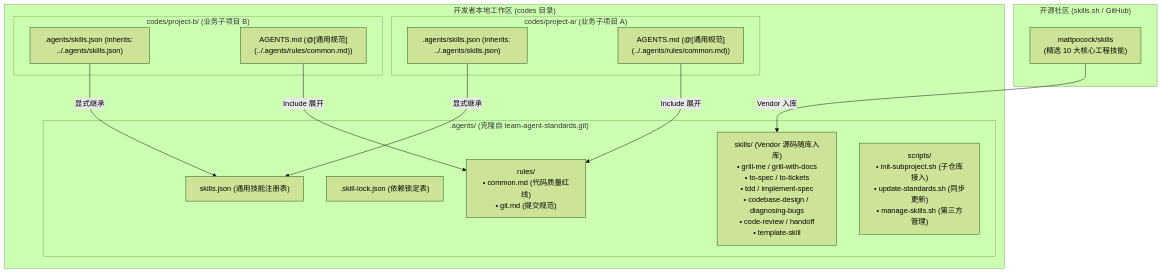
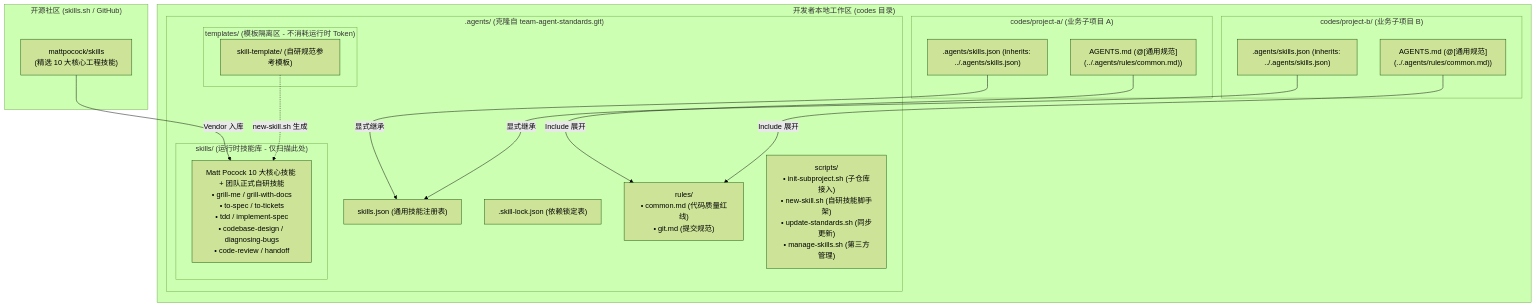
Before and after one commit to morrain/team-agent-standards: the diagram in README.md, drawn with Mermaid (forest theme). The commit also changed other lines of this file and 7 other files, not shown here.

Commit message:
refactor(skills): move template out of runtime skills to templates/ and add new-skill scaffold

````diff
--- a/README.md
+++ b/README.md
@@ -25,32 +26,41 @@
 ```mermaid
 graph TD
     subgraph Upstream ["开源社区 (skills.sh / GitHub)"]
         MP["mattpocock/skills<br/>(精选 10 大核心工程技能)"]
     end
 
     subgraph DeveloperMachine ["开发者本地工作区 (codes 目录)"]
         subgraph StandardsRepo [".agents/ (克隆自 team-agent-standards.git)"]
             SJ["skills.json (通用技能注册表)"]
             Lock[".skill-lock.json (依赖锁定表)"]
-            Skills["skills/ (Vendor 源码随库入库)<br/>• grill-me / grill-with-docs<br/>• to-spec / to-tickets<br/>• tdd / implement-spec<br/>• codebase-design / diagnosing-bugs<br/>• code-review / handoff<br/>• template-skill"]
+            
+            subgraph RuntimeSkills ["skills/ (运行时技能库 - 仅扫描此处)"]
+                Skills["Matt Pocock 10 大核心技能 + 团队正式自研技能<br/>• grill-me / grill-with-docs<br/>• to-spec / to-tickets<br/>• tdd / implement-spec<br/>• codebase-design / diagnosing-bugs<br/>• code-review / handoff"]
+            end
+
+            subgraph IsolatedTemplates ["templates/ (模板隔离区 - 不消耗运行时 Token)"]
+                Tpl["skill-template/ (自研规范参考模板)"]
+            end
+
             Rules["rules/<br/>• common.md (代码质量红线)<br/>• git.md (提交规范)"]
-            Scripts["scripts/<br/>• init-subproject.sh (子仓库接入)<br/>• update-standards.sh (同步更新)<br/>• manage-skills.sh (第三方管理)"]
+            Scripts["scripts/<br/>• init-subproject.sh (子仓库接入)<br/>• new-skill.sh (自研技能脚手架)<br/>• update-standards.sh (同步更新)<br/>• manage-skills.sh (第三方管理)"]
         end
 
         subgraph ProjectA ["codes/project-a/ (业务子项目 A)"]
             ConfigA[".agents/skills.json (inherits: ../.agents/skills.json)"]
             RuleA["AGENTS.md (@[通用规范](../.agents/rules/common.md))"]
         end
 
         subgraph ProjectB ["codes/project-b/ (业务子项目 B)"]
             ConfigB[".agents/skills.json (inherits: ../.agents/skills.json)"]
             RuleB["AGENTS.md (@[通用规范](../.agents/rules/common.md))"]
         end
 
         ConfigA -->|"显式继承"| SJ
         RuleA -->|"Include 展开"| Rules
         ConfigB -->|"显式继承"| SJ
         RuleB -->|"Include 展开"| Rules
         MP -->|"Vendor 入库"| Skills
+        Tpl -.->|"new-skill.sh 生成"| Skills
     end
 ```
````
